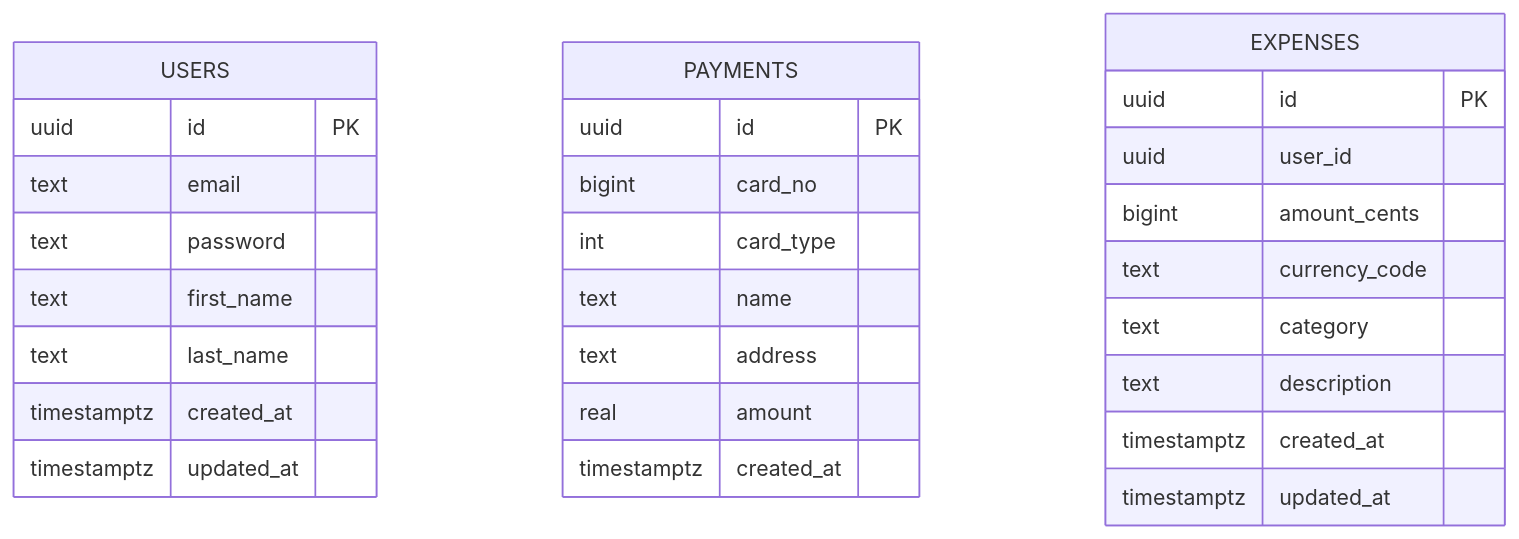
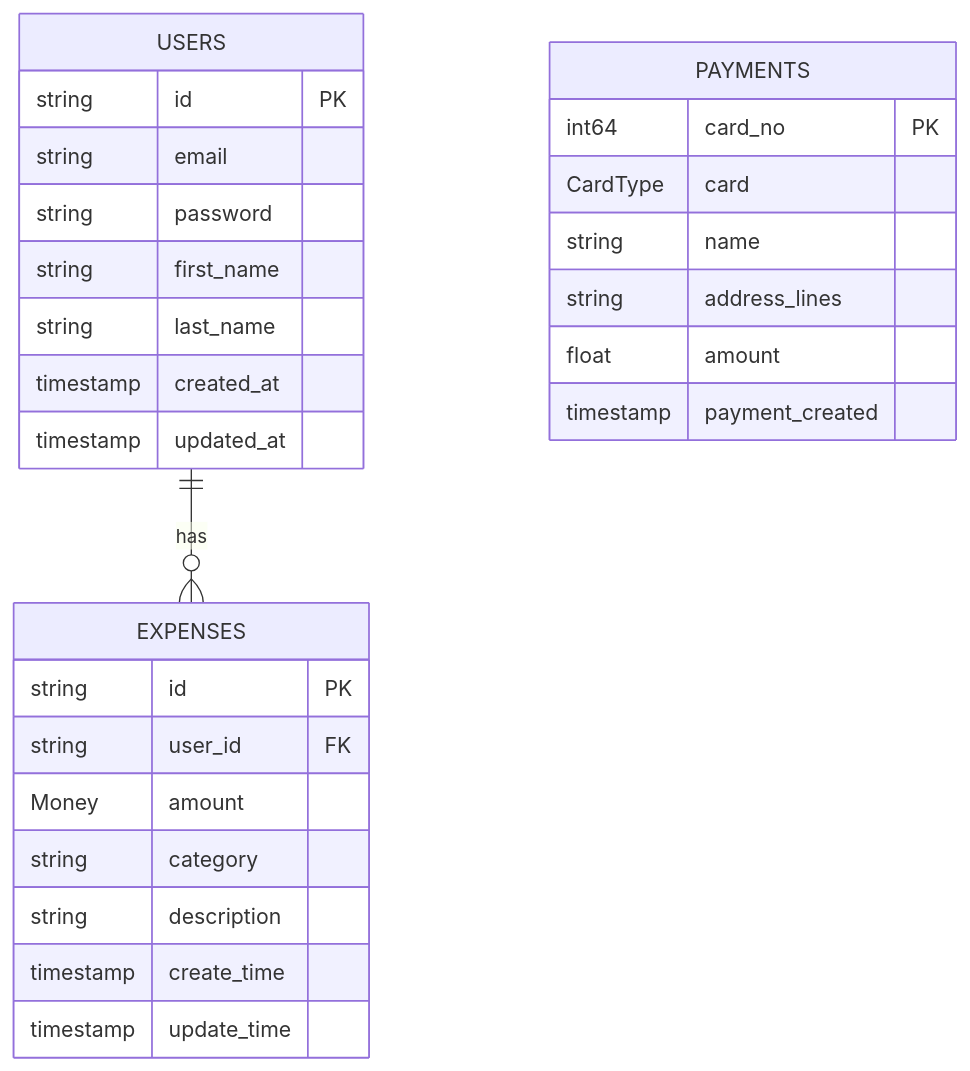
Before and after one commit to dipjyotimetia/gRPC-buf: the third of 3 diagrams in docs/architecture.md, drawn with Mermaid. The commit also changed other lines of this file and 33 other files, not shown here.

First line of the commit message:
feat: Implement MCP service adapters for Expense, Payment, and User services

````diff
--- a/docs/architecture.md
+++ b/docs/architecture.md
@@ -61,33 +66,33 @@
 ```mermaid
 erDiagram
   USERS {
-    uuid id PK
-    text email
-    text password
-    text first_name
-    text last_name
-    timestamptz created_at
-    timestamptz updated_at
+    string id PK
+    string email
+    string password
+    string first_name
+    string last_name
+    timestamp created_at
+    timestamp updated_at
+  }
+
+  EXPENSES {
+    string id PK
+    string user_id FK
+    Money amount
+    string category
+    string description
+    timestamp create_time
+    timestamp update_time
   }
 
   PAYMENTS {
-    uuid id PK
-    bigint card_no
-    int card_type
-    text name
-    text address
-    real amount
-    timestamptz created_at
+    int64 card_no PK
+    CardType card
+    string name
+    string address_lines
+    float amount
+    timestamp payment_created
   }
 
-  EXPENSES {
-    uuid id PK
-    uuid user_id
-    bigint amount_cents
-    text currency_code
-    text category
-    text description
-    timestamptz created_at
-    timestamptz updated_at
-  }
+  USERS ||--o{ EXPENSES : has
 ```
````
